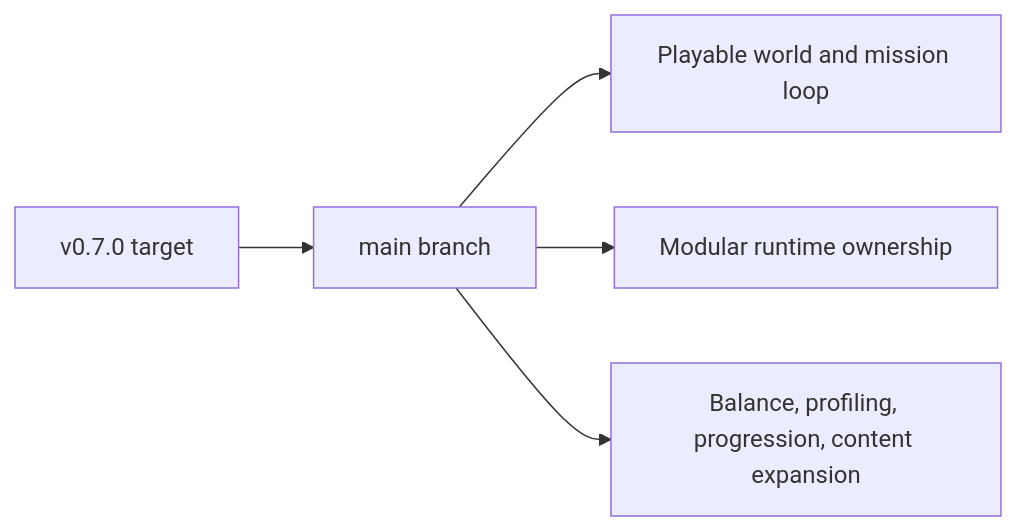
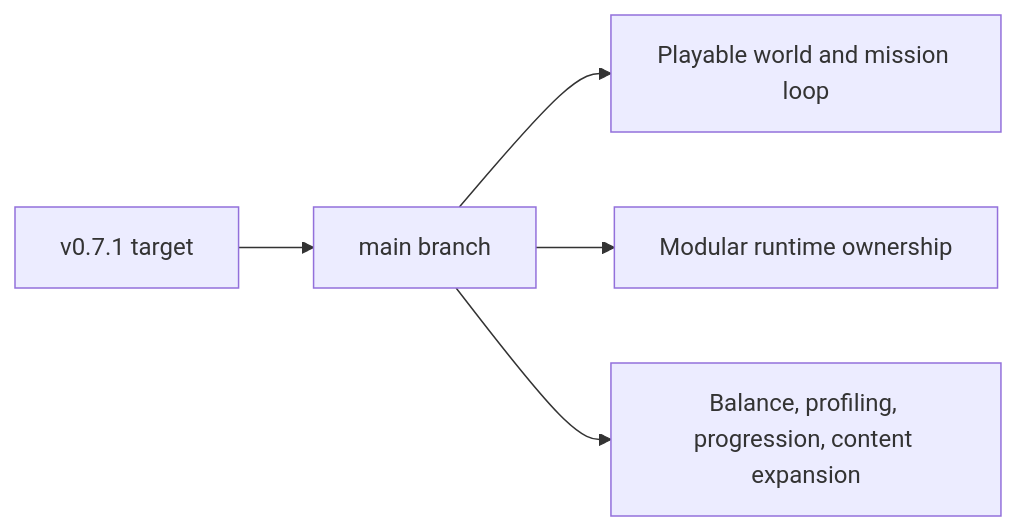
One commit to AlexAgo83/emberwake changed the second of 11 diagrams in README.md. Above: the diagram before and after it, drawn with Mermaid. The commit also changed other lines of this file and 3 other files, not shown here.

````diff
--- a/README.md
+++ b/README.md
@@ -55,7 +55,7 @@
 ```mermaid
 flowchart LR
-    Release[v0.7.0 target] --> Main[main branch]
+    Release[v0.7.1 target] --> Main[main branch]
     Main --> Playable[Playable world and mission loop]
     Main --> Modular[Modular runtime ownership]
     Main --> Next[Balance, profiling, progression, content expansion]
 ```
````
